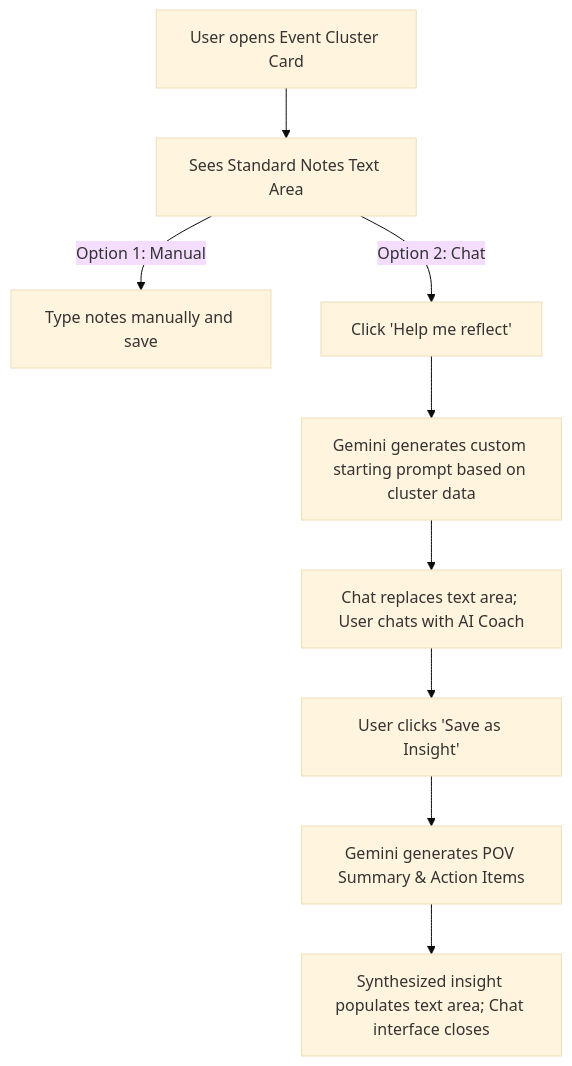
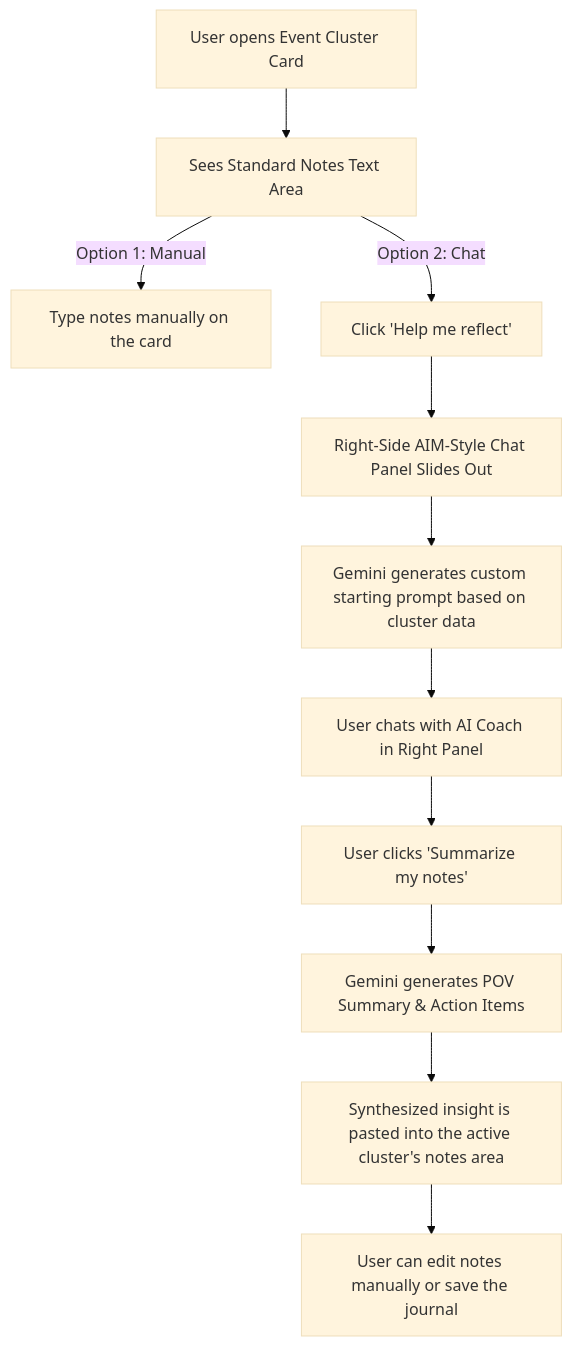
Before and after one commit to ssuppe/goodnumbers: the diagram in docs/journal_ai/prd.md, drawn with Mermaid (base theme). The commit also changed other lines of this file and 8 other files, not shown here.

Commit message:
feat(ui): P11_T4 P11_T5 implement right-side AIM-style chat drawer and hybrid reflection flow

````diff
--- a/docs/journal_ai/prd.md
+++ b/docs/journal_ai/prd.md
@@ -22,11 +23,13 @@
 ```mermaid
 graph TD
     A[User opens Event Cluster Card] --> B[Sees Standard Notes Text Area]
-    B -->|Option 1: Manual| C[Type notes manually and save]
+    B -->|Option 1: Manual| C[Type notes manually on the card]
     B -->|Option 2: Chat| D[Click 'Help me reflect']
-    D --> E[Gemini generates custom starting prompt based on cluster data]
-    E --> F[Chat replaces text area; User chats with AI Coach]
-    F --> G[User clicks 'Save as Insight']
-    G --> H[Gemini generates POV Summary & Action Items]
-    H --> I[Synthesized insight populates text area; Chat interface closes]
+    D --> E[Right-Side AIM-Style Chat Panel Slides Out]
+    E --> F[Gemini generates custom starting prompt based on cluster data]
+    F --> G[User chats with AI Coach in Right Panel]
+    G --> H[User clicks 'Summarize my notes']
+    H --> I[Gemini generates POV Summary & Action Items]
+    I --> J[Synthesized insight is pasted into the active cluster's notes area]
+    J --> K[User can edit notes manually or save the journal]
 ```
````
